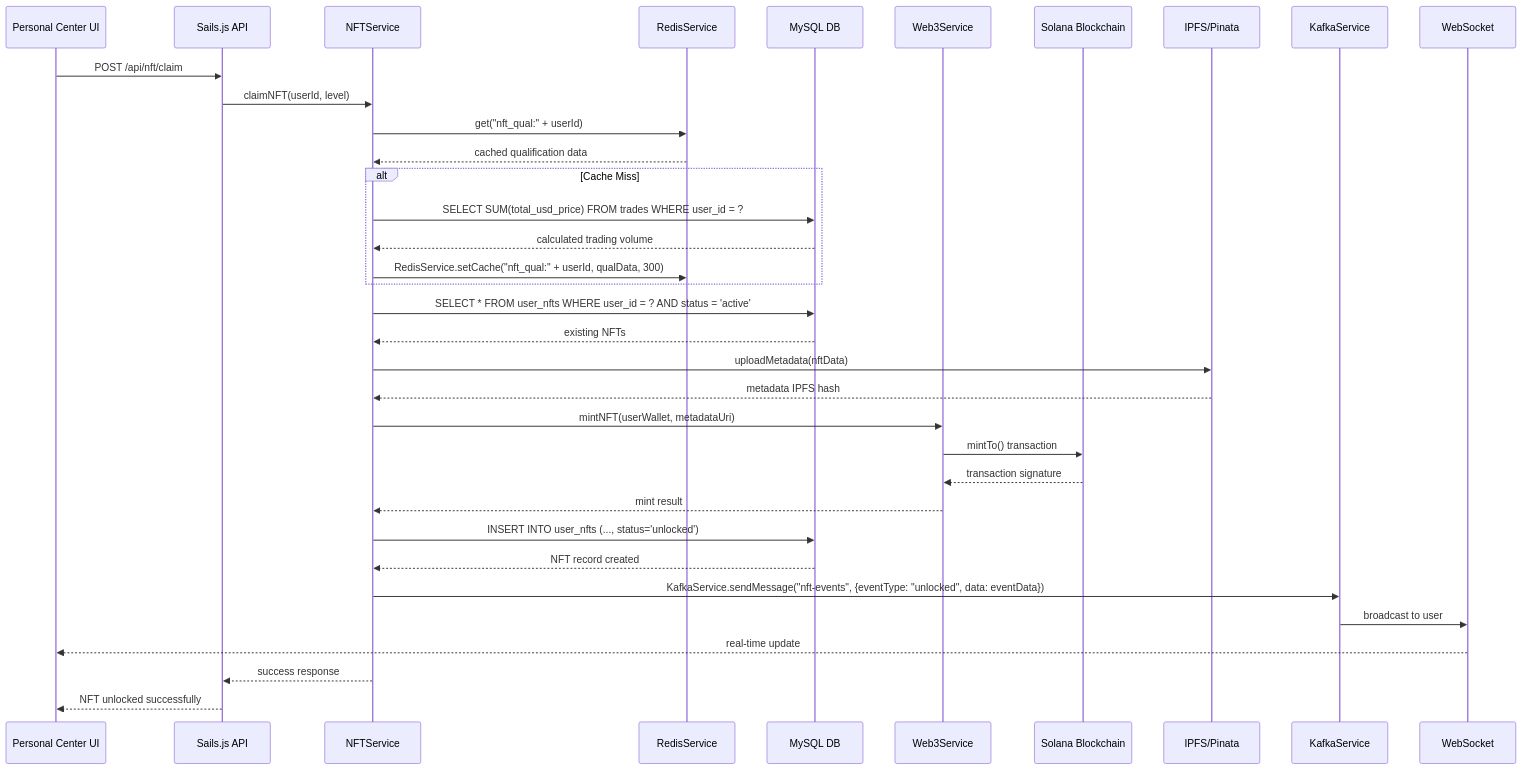
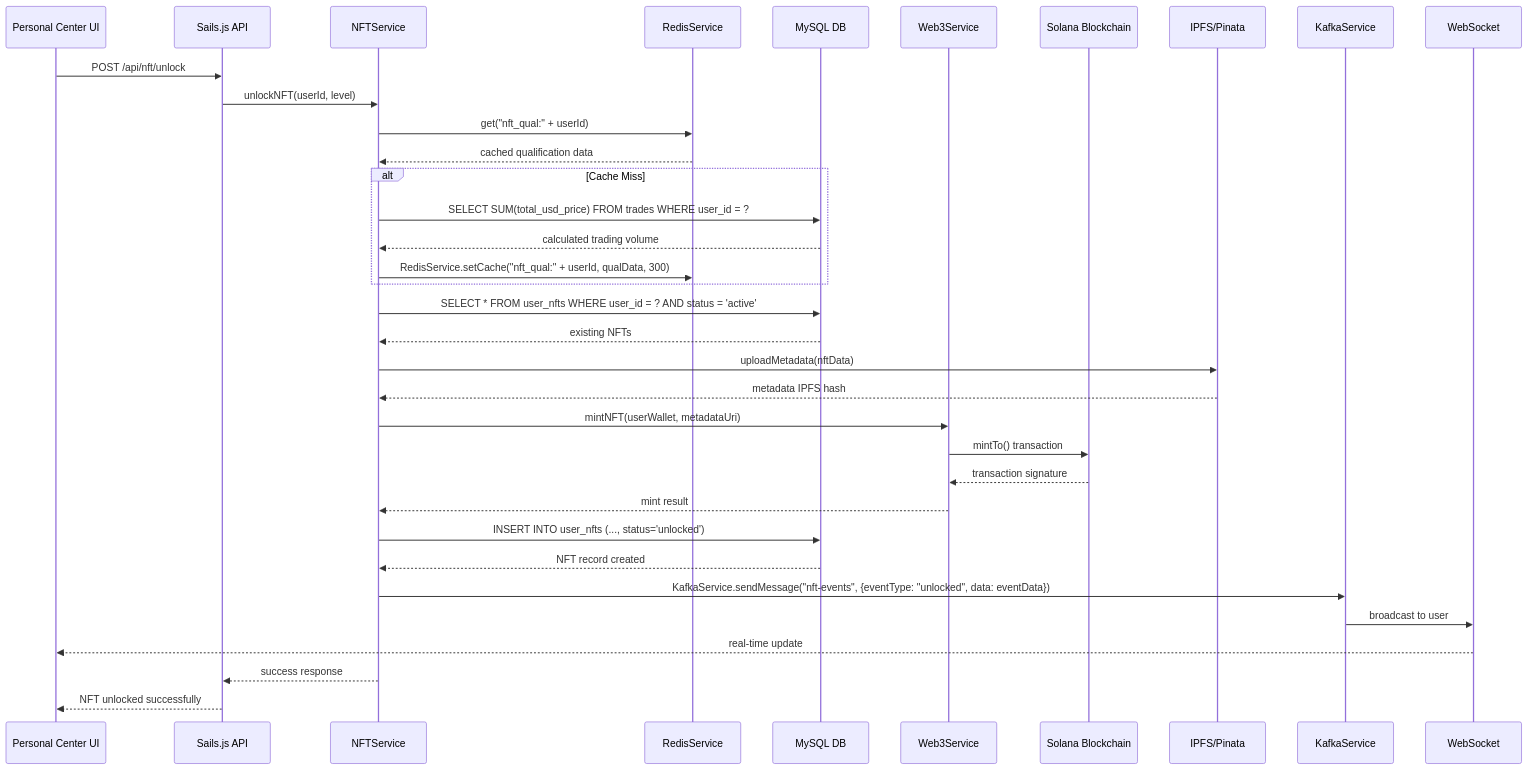
The second of 6 diagrams in docs/technical/architecture/AIW3-NFT-System-Design.md (ljg-cqu/aiw3-nft-solana), drawn with Mermaid before and after one commit. The commit also changed other lines of this file and 13 other files, not shown here.

Commit message:
docs: rename synthesis to upgrade and claim to unlock throughout documentation

````diff
--- a/docs/technical/architecture/AIW3-NFT-System-Design.md
+++ b/docs/technical/architecture/AIW3-NFT-System-Design.md
@@ -201,53 +201,53 @@
 ```mermaid
 sequenceDiagram
     participant UI as Personal Center UI
     participant API as Sails.js API
     participant NFT as NFTService
     participant REDIS as RedisService
     participant MYSQL as MySQL DB
     participant WEB3 as Web3Service
     participant SOLANA as Solana Blockchain
     participant IPFS as IPFS/Pinata
     participant KAFKA as KafkaService
     participant WS as WebSocket
 
-    UI->>API: POST /api/nft/claim
-    API->>NFT: claimNFT(userId, level)
+    UI->>API: POST /api/nft/unlock
+    API->>NFT: unlockNFT(userId, level)
 
     %% Check qualification from cache first
     NFT->>REDIS: get("nft_qual:" + userId)
     REDIS-->>NFT: cached qualification data
 
     %% If not cached, calculate from Trades model
     alt Cache Miss
         NFT->>MYSQL: SELECT SUM(total_usd_price) FROM trades WHERE user_id = ?
         MYSQL-->>NFT: calculated trading volume
         NFT->>REDIS: RedisService.setCache("nft_qual:" + userId, qualData, 300)
     end
 
     %% Check existing NFTs
     NFT->>MYSQL: SELECT * FROM user_nfts WHERE user_id = ? AND status = 'active'
     MYSQL-->>NFT: existing NFTs
 
     %% Upload metadata to IPFS
     NFT->>IPFS: uploadMetadata(nftData)
     IPFS-->>NFT: metadata IPFS hash
 
     %% Mint NFT on Solana
     NFT->>WEB3: mintNFT(userWallet, metadataUri)
     WEB3->>SOLANA: mintTo() transaction
     SOLANA-->>WEB3: transaction signature
     WEB3-->>NFT: mint result
 
     %% Store in database with 'unlocked' status
     NFT->>MYSQL: INSERT INTO user_nfts (..., status='unlocked')
     MYSQL-->>NFT: NFT record created
 
     %% Publish event
     NFT->>KAFKA: KafkaService.sendMessage("nft-events", {eventType: "unlocked", data: eventData})
     KAFKA->>WS: broadcast to user
     WS-->>UI: real-time update
 
     NFT-->>API: success response
     API-->>UI: NFT unlocked successfully
 ```
````
